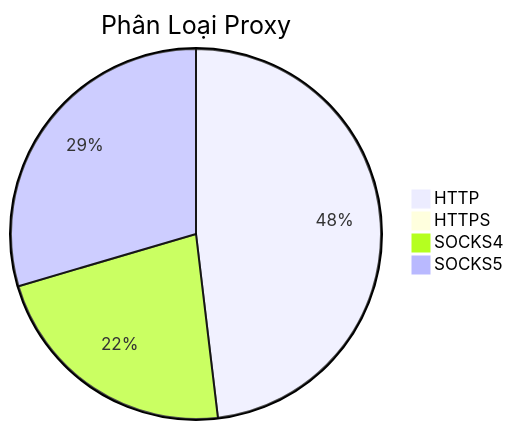
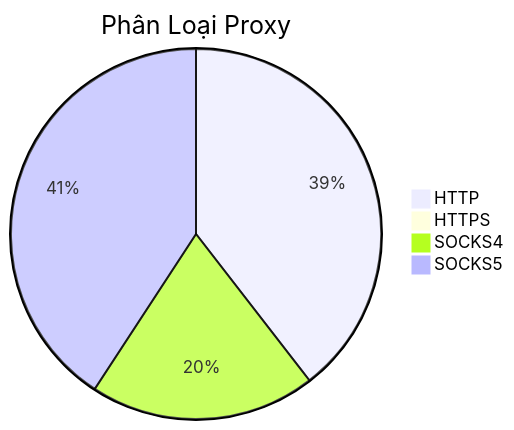
The diagram in README.md (Ciara-12/PROXY-free), drawn with Mermaid before and after one commit. The commit also changed other lines of this file and 4 other files, not shown here.

````diff
--- a/README.md
+++ b/README.md
@@ -26,7 +26,7 @@
 ```mermaid
 pie title Phân Loại Proxy
-    "HTTP" : 700
-    "HTTPS" : 4
-    "SOCKS4" : 325
-    "SOCKS5" : 430
+    "HTTP" : 742
+    "HTTPS" : 1
+    "SOCKS4" : 370
+    "SOCKS5" : 766
 ```
````
